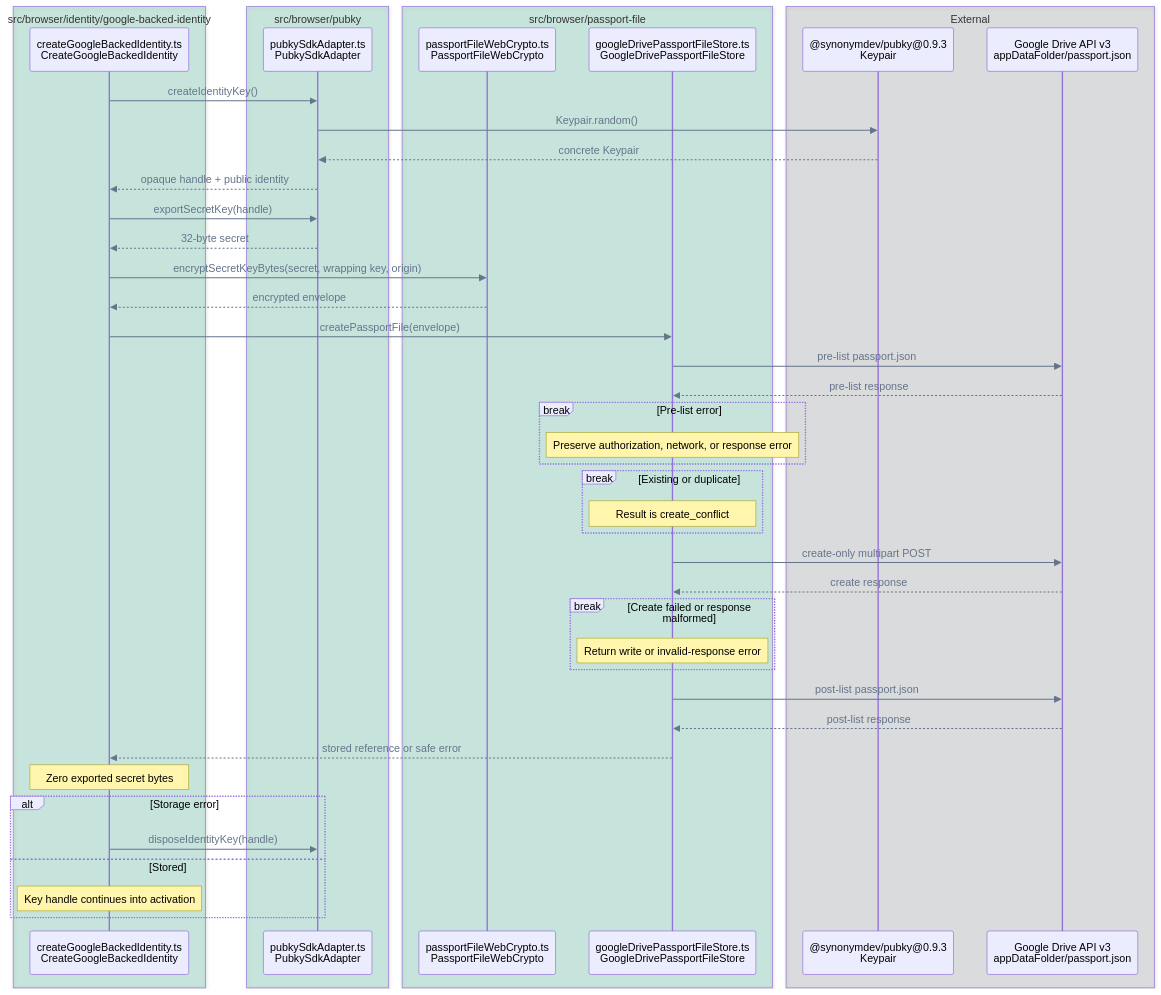
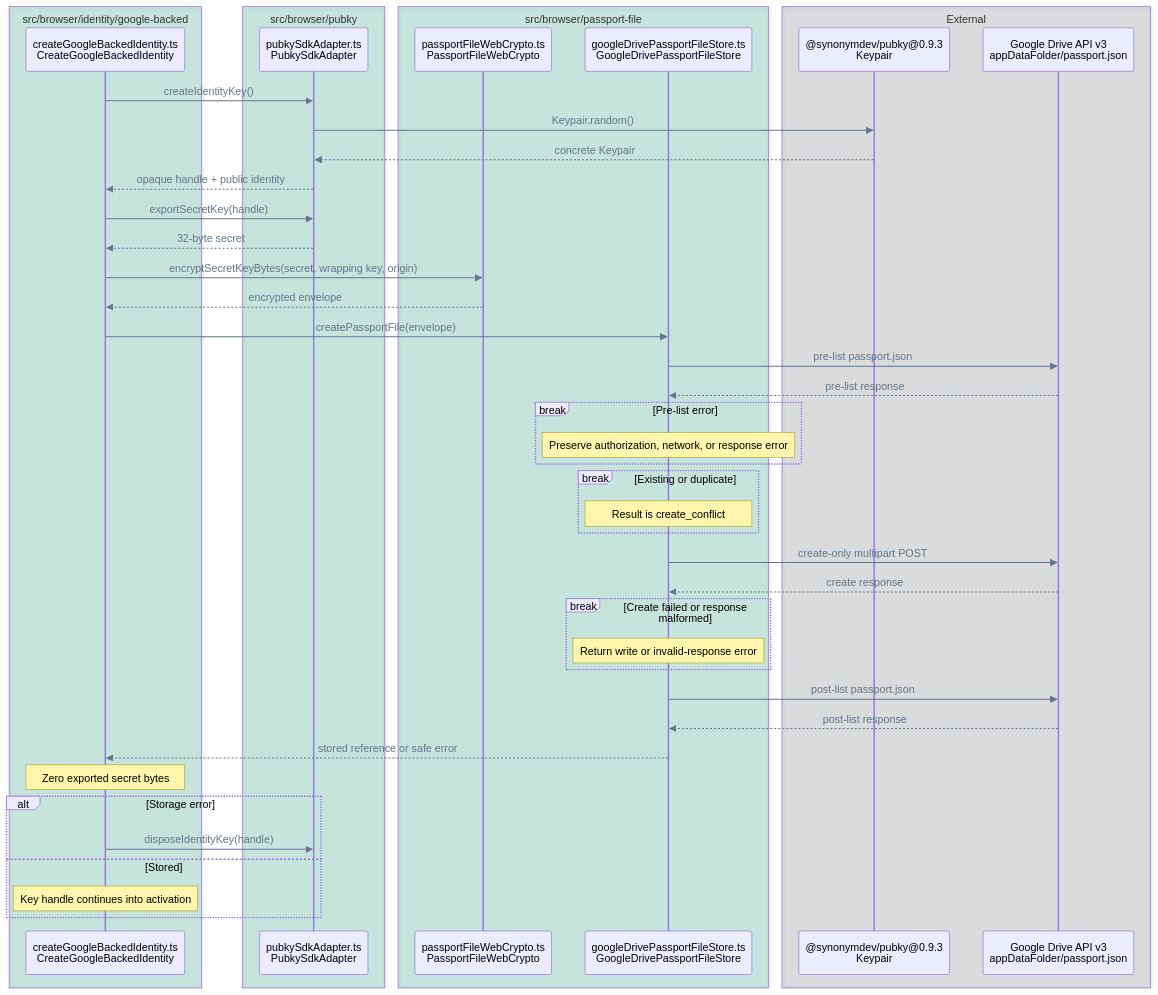
One commit to pubky/pubky-passport changed the tenth of 14 diagrams in FLOWS.md. Above: the diagram before and after it, drawn with Mermaid. The commit also changed other lines of this file and 25 other files, not shown here.

````diff
--- a/FLOWS.md
+++ b/FLOWS.md
@@ -521,52 +521,52 @@
 ```mermaid
 %%{init: {"themeVariables": {"signalColor": "#64748B", "signalTextColor": "#64748B"}}}%%
 sequenceDiagram
     accTitle: Missing identity encryption and Drive storage call flow
     accDescr: CreateGoogleBackedIdentity asks PubkySdkAdapter and the Pubky SDK for a new key and exported secret, encrypts the secret through a focused callback bound from PassportFileWebCrypto, creates the Google Drive Passport file through a focused callback bound from GoogleDrivePassportFileStore, and then zeros the exported bytes.
-    box rgba(0, 158, 115, 0.18) src/browser/identity/google-backed-identity
+    box rgba(0, 158, 115, 0.18) src/browser/identity/google-backed
         participant Creator as createGoogleBackedIdentity.ts<br/>CreateGoogleBackedIdentity
     end
     box rgba(0, 158, 115, 0.18) src/browser/pubky
         participant Pubky as pubkySdkAdapter.ts<br/>PubkySdkAdapter
     end
     box rgba(0, 158, 115, 0.18) src/browser/passport-file
         participant Crypto as passportFileWebCrypto.ts<br/>PassportFileWebCrypto
         participant DriveStore as googleDrivePassportFileStore.ts<br/>GoogleDrivePassportFileStore
     end
     box rgba(17, 24, 39, 0.12) External
         participant SDK as @synonymdev/pubky@0.9.3<br/>Keypair
         participant Drive as Google Drive API v3<br/>appDataFolder/passport.json
     end
 
     Creator->>Pubky: createIdentityKey()
     Pubky->>SDK: Keypair.random()
     SDK-->>Pubky: concrete Keypair
     Pubky-->>Creator: opaque handle + public identity
     Creator->>Pubky: exportSecretKey(handle)
     Pubky-->>Creator: 32-byte secret
     Creator->>Crypto: encryptSecretKeyBytes(secret, wrapping key, origin)
     Crypto-->>Creator: encrypted envelope
     Creator->>DriveStore: createPassportFile(envelope)
     DriveStore->>Drive: pre-list passport.json
     Drive-->>DriveStore: pre-list response
     break Pre-list error
         Note over DriveStore: Preserve authorization, network, or response error
     end
     break Existing or duplicate
         Note over DriveStore: Result is create_conflict
     end
     DriveStore->>Drive: create-only multipart POST
     Drive-->>DriveStore: create response
     break Create failed or response malformed
         Note over DriveStore: Return write or invalid-response error
     end
     DriveStore->>Drive: post-list passport.json
     Drive-->>DriveStore: post-list response
     DriveStore-->>Creator: stored reference or safe error
     Note over Creator: Zero exported secret bytes
     alt Storage error
         Creator->>Pubky: disposeIdentityKey(handle)
     else Stored
         Note over Creator: Key handle continues into activation
     end
 ```
````
